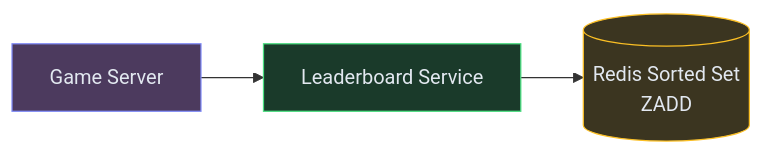
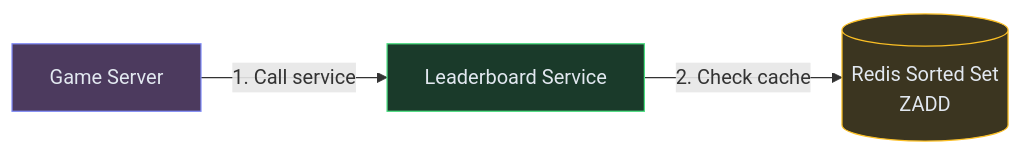
Before and after one commit to iluzn/HLD-Designs: the second of 7 diagrams in content/hld/Leaderboard.md, drawn with Mermaid. The commit also changed other lines of this file and 27 other files, not shown here.

````diff
--- a/content/hld/Leaderboard.md
+++ b/content/hld/Leaderboard.md
@@ -151,13 +151,13 @@
 ```mermaid
 flowchart LR
     GAME["Game Server"]:::client
     API["Leaderboard Service"]:::service
     REDIS[("Redis Sorted Set<br/>ZADD")]:::data
 
-    GAME --> API
-    API --> REDIS
+    GAME -->|"1. Call service"| API
+    API -->|"2. Check cache"| REDIS
 
     classDef client fill:#4c3a5e,stroke:#818cf8,color:#e2e8f0
     classDef service fill:#1a3a2a,stroke:#4ade80,color:#e2e8f0
     classDef data fill:#3b3520,stroke:#fbbf24,color:#e2e8f0
 ```
````
